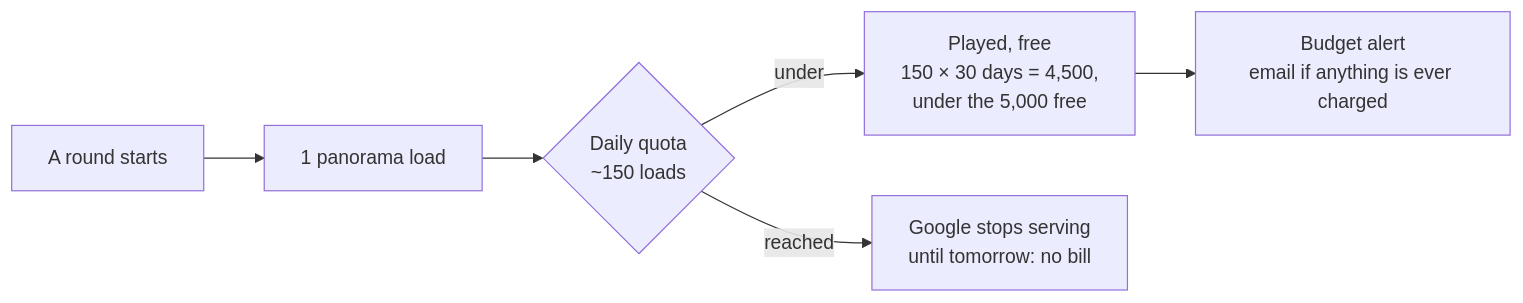
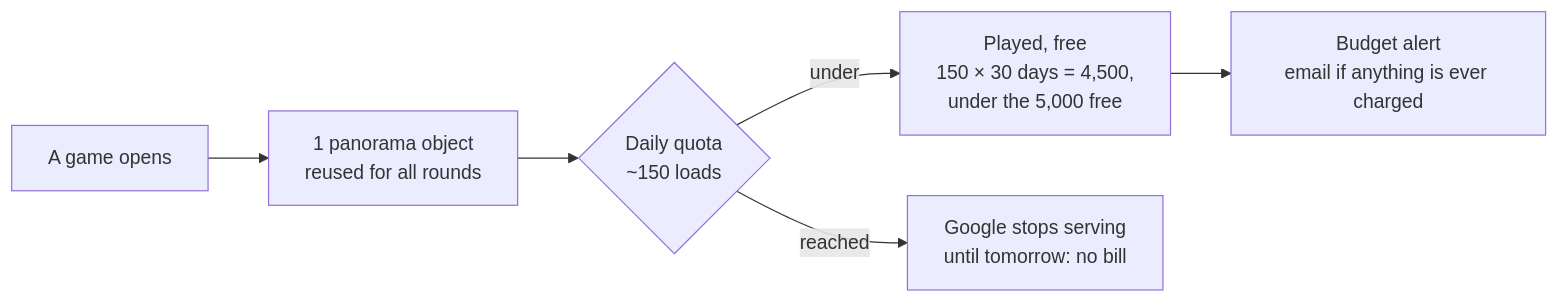
One commit to margaux-faurie/geoguess changed the second of 5 diagrams in README.md. Above: the diagram before and after it, drawn with Mermaid. The commit also changed other lines of this file, not shown here.

First line of the commit message:
README: Dynamic Street View is billed per panorama object, not per move

````diff
--- a/README.md
+++ b/README.md
@@ -63,8 +63,8 @@
 ```mermaid
 flowchart LR
-  play["A round starts"] --> pano["1 panorama load"]
+  play["A game opens"] --> pano["1 panorama object<br/>reused for all rounds"]
   pano --> cap{"Daily quota<br/>~150 loads"}
   cap -->|"under"| ok["Played, free<br/>150 × 30 days = 4,500,<br/>under the 5,000 free"]
   cap -->|"reached"| stop["Google stops serving<br/>until tomorrow: no bill"]
   ok --> budget["Budget alert<br/>email if anything is ever charged"]
 ```
````
